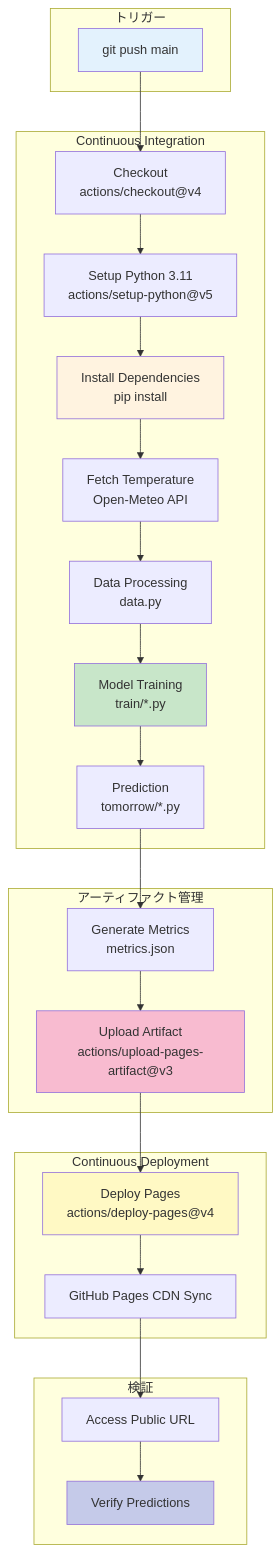
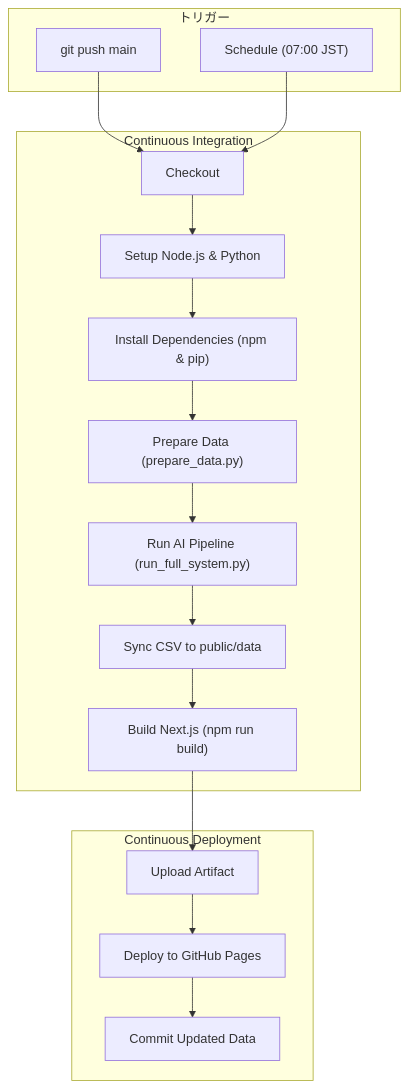
One commit to J1921604/ammonia_inventory_forecast changed the second of 3 diagrams in docs/DEPLOY_GUIDE.md. Above: the diagram before and after it, drawn with Mermaid. The commit also changed other lines of this file and 49 other files, not shown here.

````diff
--- a/docs/DEPLOY_GUIDE.md
+++ b/docs/DEPLOY_GUIDE.md
@@ -760,52 +888,35 @@
 ```mermaid
 flowchart TB
     subgraph Trigger ["トリガー"]
         A1["git push main"]
+        A2["Schedule (07:00 JST)"]
     end
   
     subgraph CI ["Continuous Integration"]
-        B1["Checkout<br/>actions/checkout@v4"]
-        B2["Setup Python 3.11<br/>actions/setup-python@v5"]
-        B3["Install Dependencies<br/>pip install"]
-        B4["Fetch Temperature<br/>Open-Meteo API"]
-        B5["Data Processing<br/>data.py"]
-        B6["Model Training<br/>train/*.py"]
-        B7["Prediction<br/>tomorrow/*.py"]
-    end
-  
-    subgraph Artifact ["アーティファクト管理"]
-        C1["Generate Metrics<br/>metrics.json"]
-        C2["Upload Artifact<br/>actions/upload-pages-artifact@v3"]
+        B1["Checkout"]
+        B2["Setup Node.js & Python"]
+        B3["Install Dependencies (npm & pip)"]
+        B4["Prepare Data (prepare_data.py)"]
+        B5["Run AI Pipeline (run_full_system.py)"]
+        B6["Sync CSV to public/data"]
+        B7["Build Next.js (npm run build)"]
     end
   
     subgraph CD ["Continuous Deployment"]
-        D1["Deploy Pages<br/>actions/deploy-pages@v4"]
-        D2["GitHub Pages CDN Sync"]
-    end
-  
-    subgraph Verify ["検証"]
-        E1["Access Public URL"]
-        E2["Verify Predictions"]
+        C1["Upload Artifact"]
+        C2["Deploy to GitHub Pages"]
+        C3["Commit Updated Data"]
     end
   
     A1 --> B1
+    A2 --> B1
     B1 --> B2
     B2 --> B3
     B3 --> B4
     B4 --> B5
     B5 --> B6
     B6 --> B7
     B7 --> C1
     C1 --> C2
-    C2 --> D1
-    D1 --> D2
-    D2 --> E1
-    E1 --> E2
-  
-    style A1 fill:#e3f2fd
-    style B3 fill:#fff3e0
-    style B6 fill:#c8e6c9
-    style C2 fill:#f8bbd0
-    style D1 fill:#fff9c4
-    style E2 fill:#c5cae9
+    C2 --> C3
 ```
````
